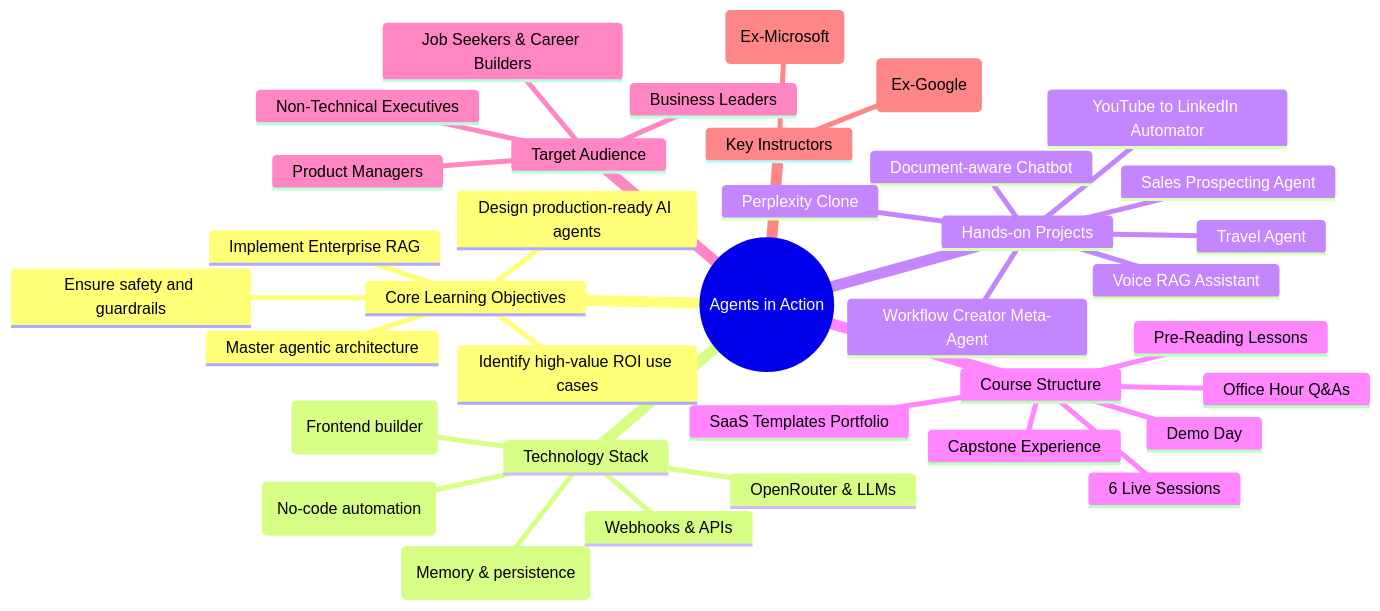
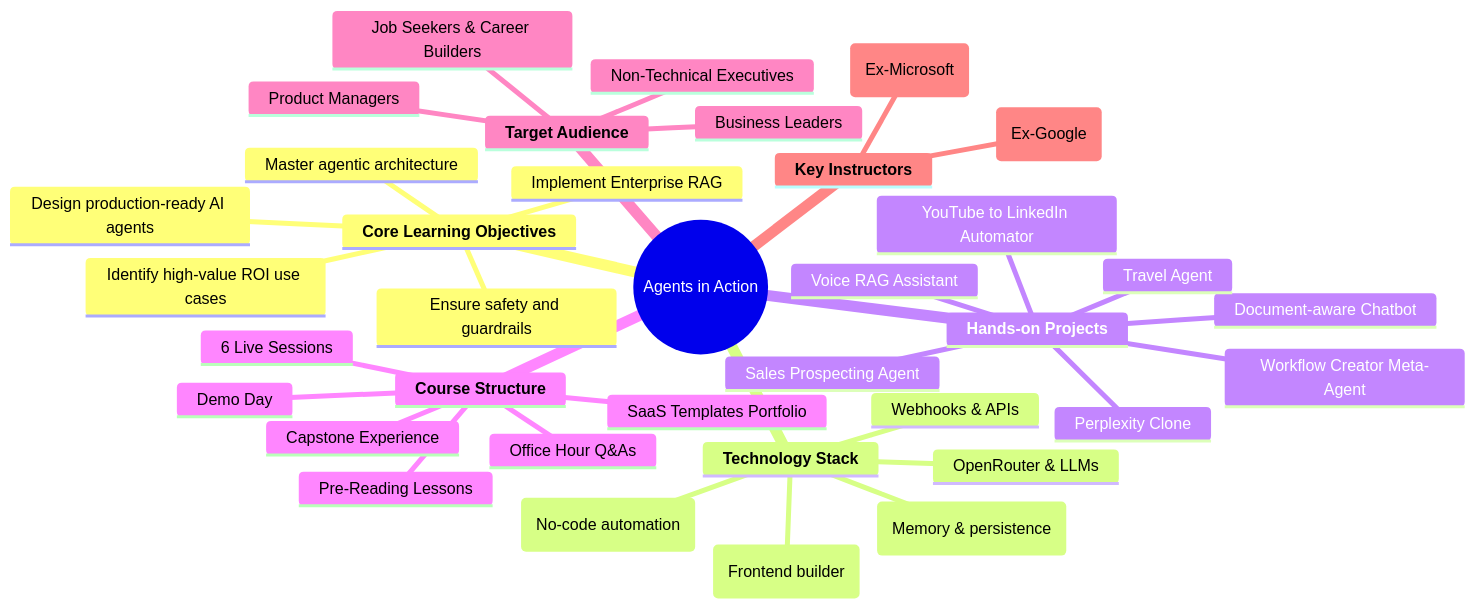
One commit to traversaal-ai/agents-in-action changed the diagram in README.md. Above: the diagram before and after it, drawn with Mermaid.

Commit message:
format mindmap

````diff
--- a/README.md
+++ b/README.md
@@ -16,45 +16,45 @@
 ```mermaid
 mindmap
   root((Agents in Action))
 
-    Core Learning Objectives
+    **Core Learning Objectives**
       Identify high-value ROI use cases
       Design production-ready AI agents
       Master agentic architecture
       Implement Enterprise RAG
       Ensure safety and guardrails
 
-    Technology Stack
+    **Technology Stack**
       n8n (No-code automation)
       Lovable (Frontend builder)
       Supabase (Memory & persistence)
       Webhooks & APIs
       OpenRouter & LLMs
 
-    Hands-on Projects
+    **Hands-on Projects**
       Sales Prospecting Agent
       Document-aware Chatbot
       Perplexity Clone
       Voice RAG Assistant
       YouTube to LinkedIn Automator
       Travel Agent
       Workflow Creator Meta-Agent
 
-    Course Structure
+    **Course Structure**
       6 Live Sessions
       Pre-Reading Lessons
       Demo Day
       Capstone Experience
       Office Hour Q&As
       SaaS Templates Portfolio
 
-    Target Audience
+    **Target Audience**
       Product Managers
       Business Leaders
       Non-Technical Executives
       Job Seekers & Career Builders
 
-    Key Instructors
+    **Key Instructors**
       Hamza Farooq (Ex-Google)
       Gabriela de Queiroz (Ex-Microsoft)
 ```
````
